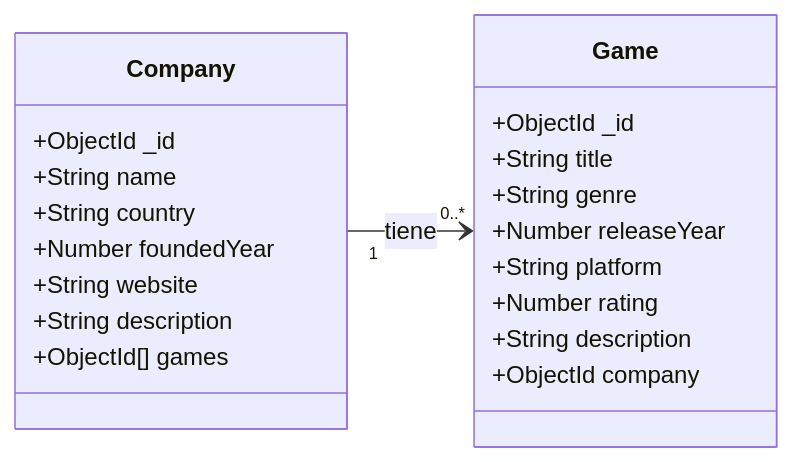
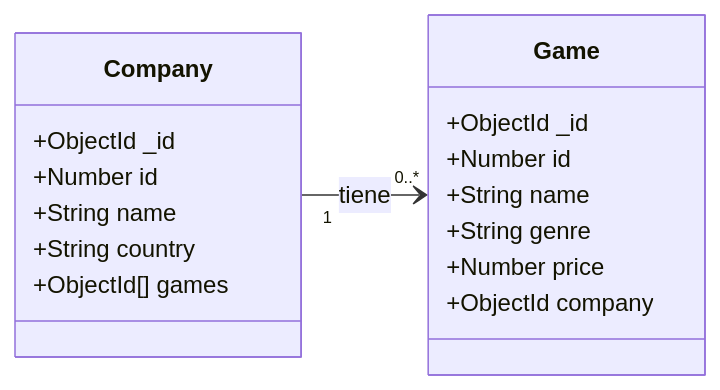
One commit to SantiagoMunevar125/taller-api-rest changed the first of 3 diagrams in README.md. Above: the diagram before and after it, drawn with Mermaid. The commit also changed other lines of this file, not shown here.

````diff
--- a/README.md
+++ b/README.md
@@ -46,27 +46,23 @@
 ```mermaid
 classDiagram
     direction LR
 
     class Company {
         +ObjectId  _id
+        +Number    id
         +String    name
         +String    country
-        +Number    foundedYear
-        +String    website
-        +String    description
         +ObjectId[]  games
     }
 
     class Game {
         +ObjectId  _id
-        +String    title
+        +Number    id
+        +String    name
         +String    genre
-        +Number    releaseYear
-        +String    platform
-        +Number    rating
-        +String    description
+        +Number    price
         +ObjectId  company
     }
 
     Company "1" --> "0..*" Game : tiene
 ```
````
